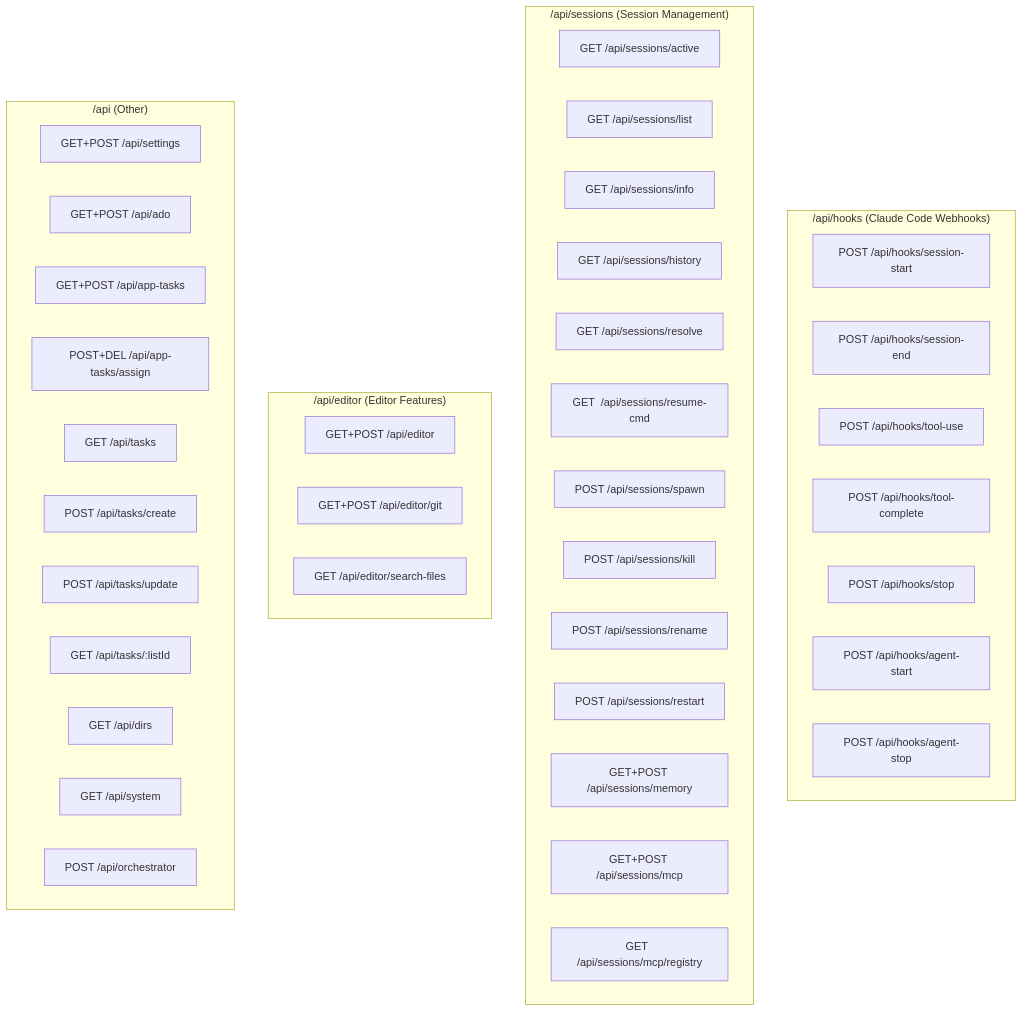
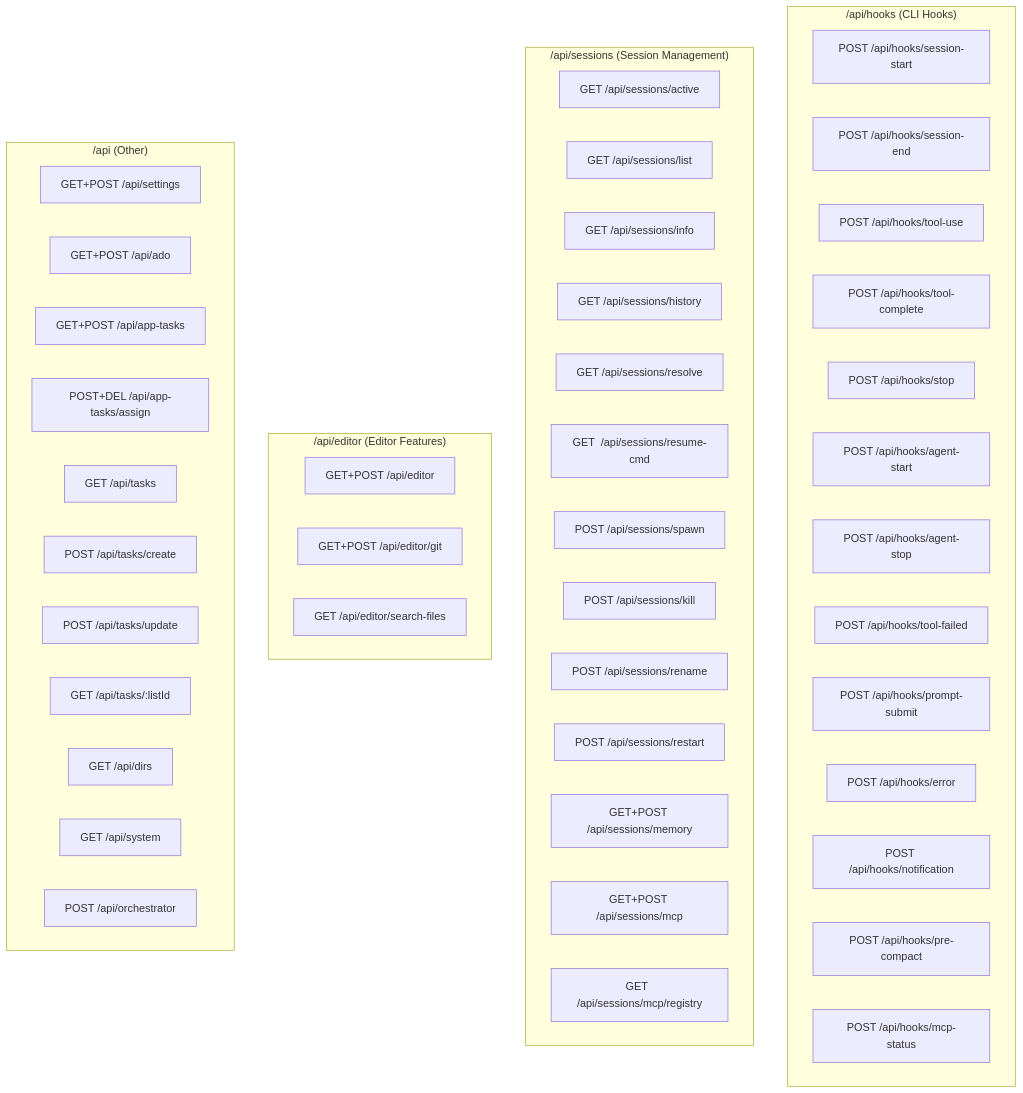
The fourth of 8 diagrams in docs/design/backend-server.md (Nahom-Kefelegne/AgentMatrix), drawn with Mermaid before and after one commit. The commit also changed other lines of this file and 14 other files, not shown here.

````diff
--- a/docs/design/backend-server.md
+++ b/docs/design/backend-server.md
@@ -341,48 +349,54 @@
 ```mermaid
 graph TD
-    subgraph "/api/hooks (Claude Code Webhooks)"
+    subgraph "/api/hooks (CLI Hooks)"
         H1["POST /api/hooks/session-start"]
         H2["POST /api/hooks/session-end"]
         H3["POST /api/hooks/tool-use"]
         H4["POST /api/hooks/tool-complete"]
         H5["POST /api/hooks/stop"]
         H6["POST /api/hooks/agent-start"]
         H7["POST /api/hooks/agent-stop"]
+        H8["POST /api/hooks/tool-failed"]
+        H9["POST /api/hooks/prompt-submit"]
+        H10["POST /api/hooks/error"]
+        H11["POST /api/hooks/notification"]
+        H12["POST /api/hooks/pre-compact"]
+        H13["POST /api/hooks/mcp-status"]
     end
 
     subgraph "/api/sessions (Session Management)"
         S1["GET  /api/sessions/active"]
         S2["GET  /api/sessions/list"]
         S3["GET  /api/sessions/info"]
         S4["GET  /api/sessions/history"]
         S5["GET  /api/sessions/resolve"]
         S6["GET  /api/sessions/resume-cmd"]
         S7["POST /api/sessions/spawn"]
         S8["POST /api/sessions/kill"]
         S9["POST /api/sessions/rename"]
         S10["POST /api/sessions/restart"]
         S11["GET+POST /api/sessions/memory"]
         S12["GET+POST /api/sessions/mcp"]
         S13["GET  /api/sessions/mcp/registry"]
     end
 
     subgraph "/api/editor (Editor Features)"
         E1["GET+POST /api/editor"]
         E2["GET+POST /api/editor/git"]
         E3["GET  /api/editor/search-files"]
     end
 
     subgraph "/api (Other)"
         O1["GET+POST /api/settings"]
         O2["GET+POST /api/ado"]
         O3["GET+POST /api/app-tasks"]
         O4["POST+DEL /api/app-tasks/assign"]
         O5["GET  /api/tasks"]
         O6["POST /api/tasks/create"]
         O7["POST /api/tasks/update"]
         O8["GET  /api/tasks/:listId"]
         O9["GET  /api/dirs"]
         O10["GET  /api/system"]
         O11["POST /api/orchestrator"]
     end
 ```
````
